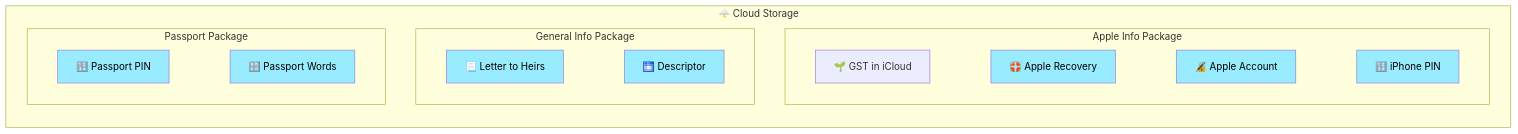
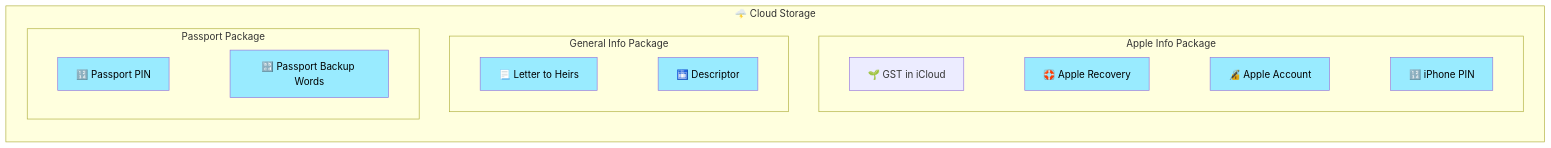
One commit to BlockchainCommons/SmartCustody changed the seventh of 60 diagrams in Docs/Scenario-Multisig.md. Above: the diagram before and after it, drawn with Mermaid. The commit also changed other lines of this file, not shown here.

````diff
--- a/Docs/Scenario-Multisig.md
+++ b/Docs/Scenario-Multisig.md
@@ -291,33 +291,33 @@
 ```mermaid
     graph BT
     linkStyle default stroke-width: 0px
 
     subgraph cloud["🌩️ Cloud Storage"]
       subgraph "Apple Info Package"
       E1["🔢 iPhone PIN"]
       E2["🔏 Apple Account"]
       E3["🛟 Apple Recovery"]    
       E4["🌱 GST in iCloud"]
       E4---E3---E2---E1
       end
 
       subgraph "General Info Package"
       E7["🛅 Descriptor"]
       E8["📃 Letter to Heirs"]
       E8---E7
       end
 
       subgraph "Passport Package"
-      E5["🔡 Passport Words"]
+      E5["🔡 Passport Backup Words"]
       E6["🔢 Passport PIN"]
       E6---E5
       end
     end
     style E1 color:#000,fill:#99ebff;
     style E2 color:#000,fill:#99ebff;
     style E3 color:#000,fill:#99ebff;
     style E5 color:#000,fill:#99ebff;
     style E6 color:#000,fill:#99ebff;
     style E7 color:#000,fill:#99ebff;
     style E8 color:#000,fill:#99ebff;
 ```
````
